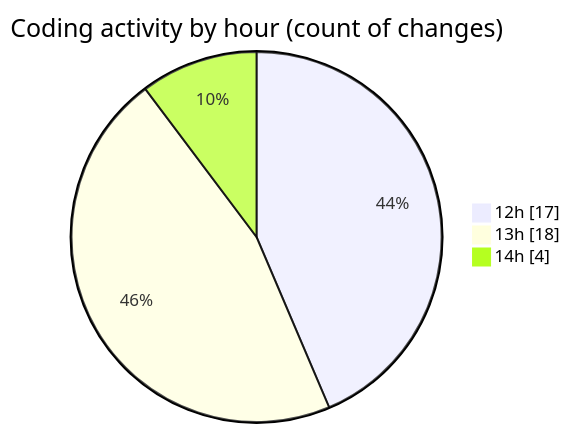
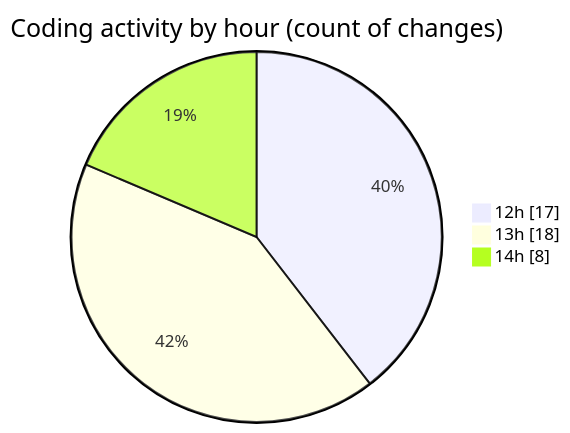
One commit to CELIANVF/code-tracking changed the second of 2 diagrams in 2025-06-01/video_app/README.md. Above: the diagram before and after it, drawn with Mermaid. The commit also changed other lines of this file and 1 other file, not shown here.

````diff
--- a/2025-06-01/video_app/README.md
+++ b/2025-06-01/video_app/README.md
@@ -37,7 +38,7 @@
 ```mermaid
 pie showData
 title Coding activity by hour (count of changes)
 "12h" : 17
 "13h" : 18
-"14h" : 4
+"14h" : 8
 ```
````
